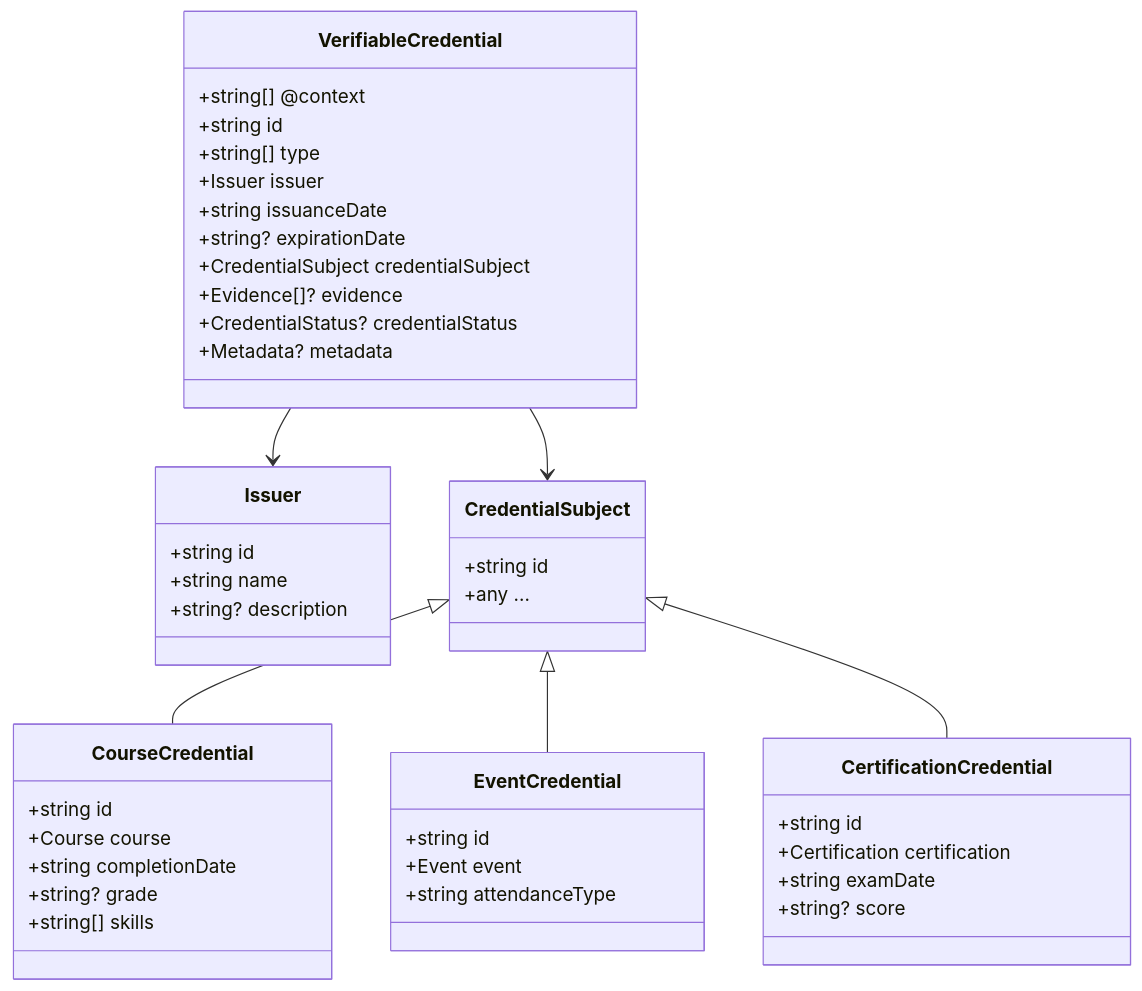
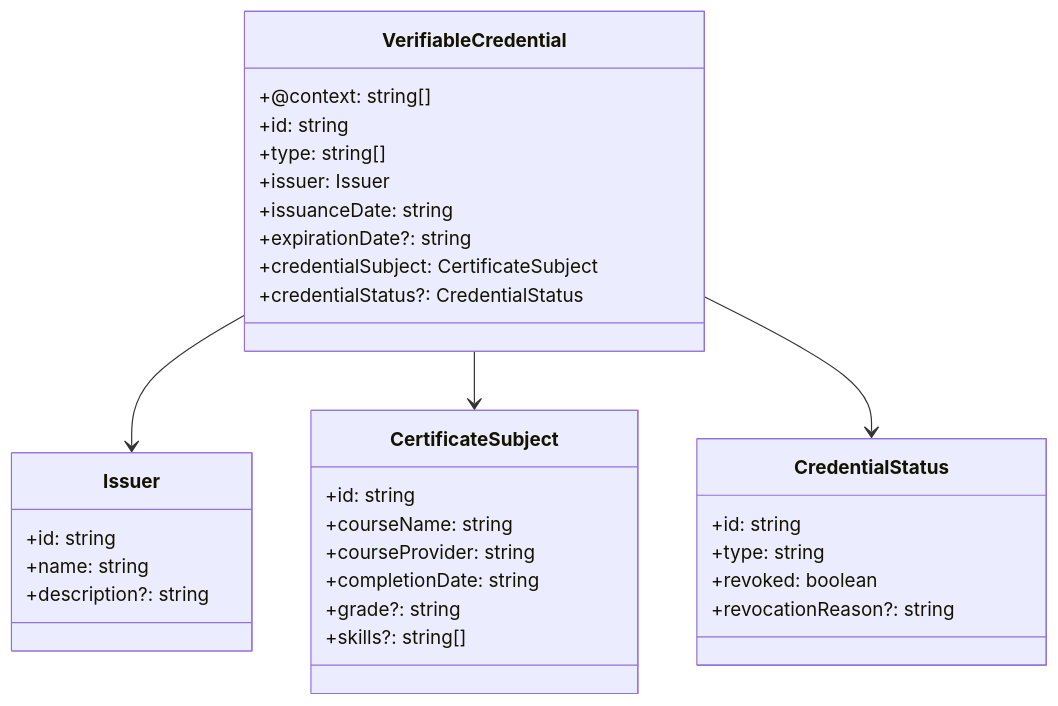
One commit to hiepthach/CertifyCKB changed the third of 12 diagrams in Design_spec/Implementation_Architecture.md. Above: the diagram before and after it, drawn with Mermaid. The commit also changed other lines of this file and 2 other files, not shown here.

First line of the commit message:
refactor: Update project schedule and deliverables for CKB Credential Registry

````diff
--- a/Design_spec/Implementation_Architecture.md
+++ b/Design_spec/Implementation_Architecture.md
@@ -291,53 +215,39 @@
 ```mermaid
 classDiagram
     class VerifiableCredential {
-        +string[] @context
-        +string id
-        +string[] type
-        +Issuer issuer
-        +string issuanceDate
-        +string? expirationDate
-        +CredentialSubject credentialSubject
-        +Evidence[]? evidence
-        +CredentialStatus? credentialStatus
-        +Metadata? metadata
+        +@context: string[]
+        +id: string
+        +type: string[]
+        +issuer: Issuer
+        +issuanceDate: string
+        +expirationDate?: string
+        +credentialSubject: CertificateSubject
+        +credentialStatus?: CredentialStatus
     }
 
     class Issuer {
-        +string id
-        +string name
-        +string? description
+        +id: string
+        +name: string
+        +description?: string
     }
 
-    class CredentialSubject {
-        +string id
-        +any ...
+    class CertificateSubject {
+        +id: string
+        +courseName: string
+        +courseProvider: string
+        +completionDate: string
+        +grade?: string
+        +skills?: string[]
     }
 
-    class CourseCredential {
-        +string id
-        +Course course
-        +string completionDate
-        +string? grade
-        +string[] skills
-    }
-
-    class EventCredential {
-        +string id
-        +Event event
-        +string attendanceType
-    }
-
-    class CertificationCredential {
-        +string id
-        +Certification certification
-        +string examDate
-        +string? score
+    class CredentialStatus {
+        +id: string
+        +type: string
+        +revoked: boolean
+        +revocationReason?: string
     }
 
     VerifiableCredential --> Issuer
-    VerifiableCredential --> CredentialSubject
-    CredentialSubject <|-- CourseCredential
-    CredentialSubject <|-- EventCredential
-    CredentialSubject <|-- CertificationCredential
+    VerifiableCredential --> CertificateSubject
+    VerifiableCredential --> CredentialStatus
 ```
````
